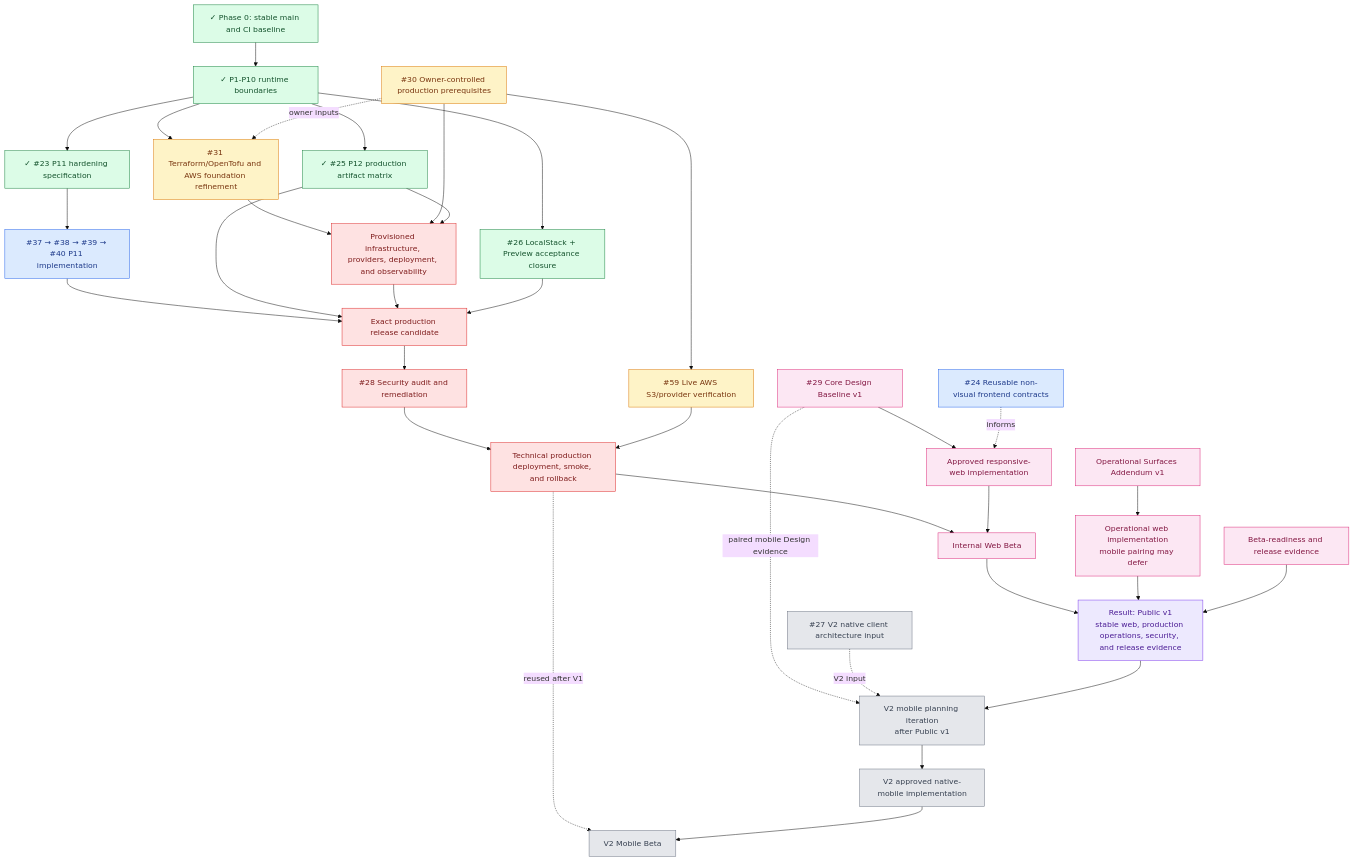
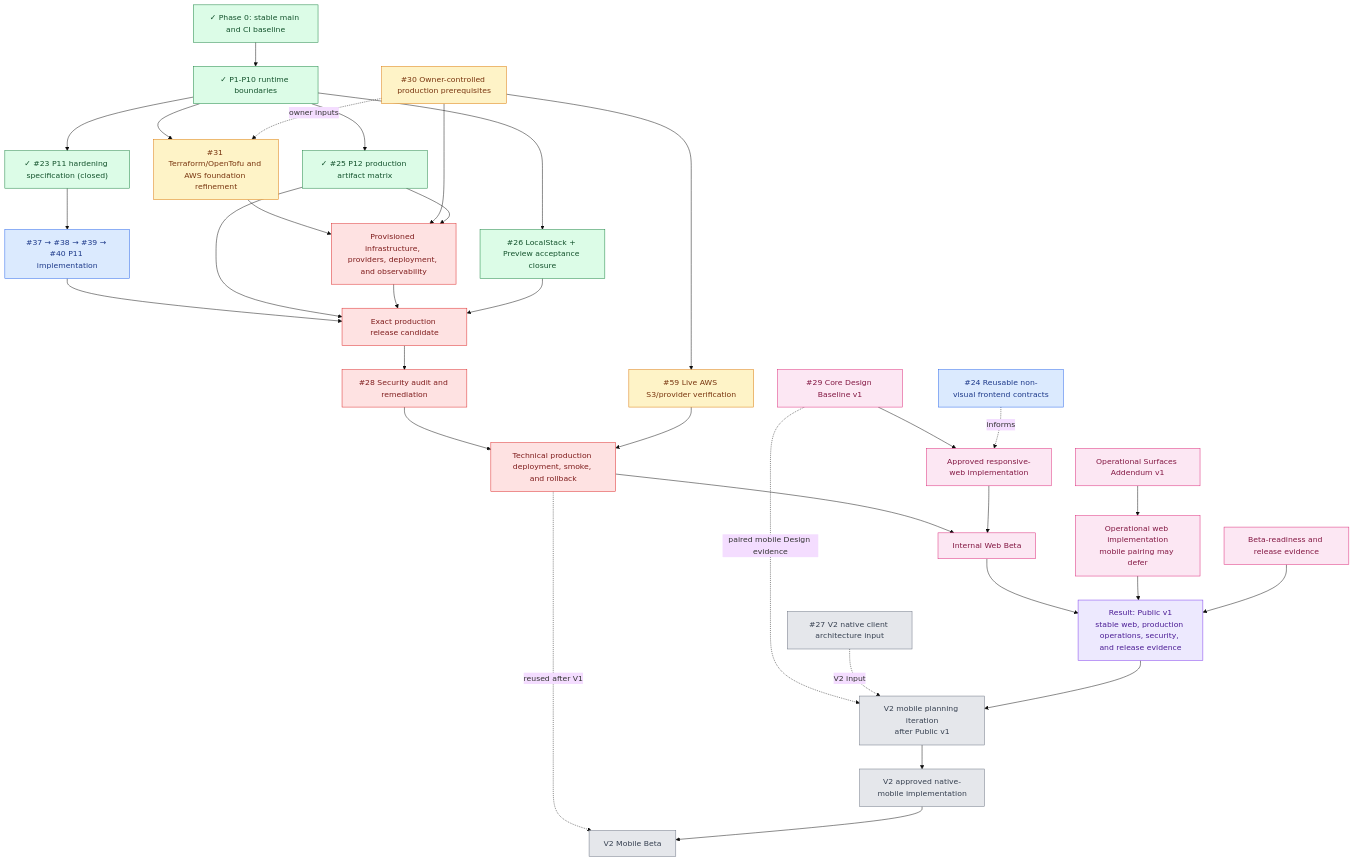
Before and after one commit to starkovalera/recipe-manager: the third of 3 diagrams in docs/roadmap.md, drawn with Mermaid (base theme). The commit also changed other lines of this file and 2 other files, not shown here.

```diff
--- a/docs/roadmap.md
+++ b/docs/roadmap.md
@@ -170,7 +170,7 @@
   phase0["✓ Phase 0: stable main and CI baseline"]
   runtime["✓ P1-P10 runtime boundaries"]
 
-  p11["✓ #23 P11 hardening specification"]
+  p11["✓ #23 P11 hardening specification (closed)"]
   p11Implementation["#37 → #38 → #39 → #40 P11 implementation"]
   p12["✓ #25 P12 production artifact matrix"]
   localstack["#26 LocalStack + Preview acceptance closure"]
```
